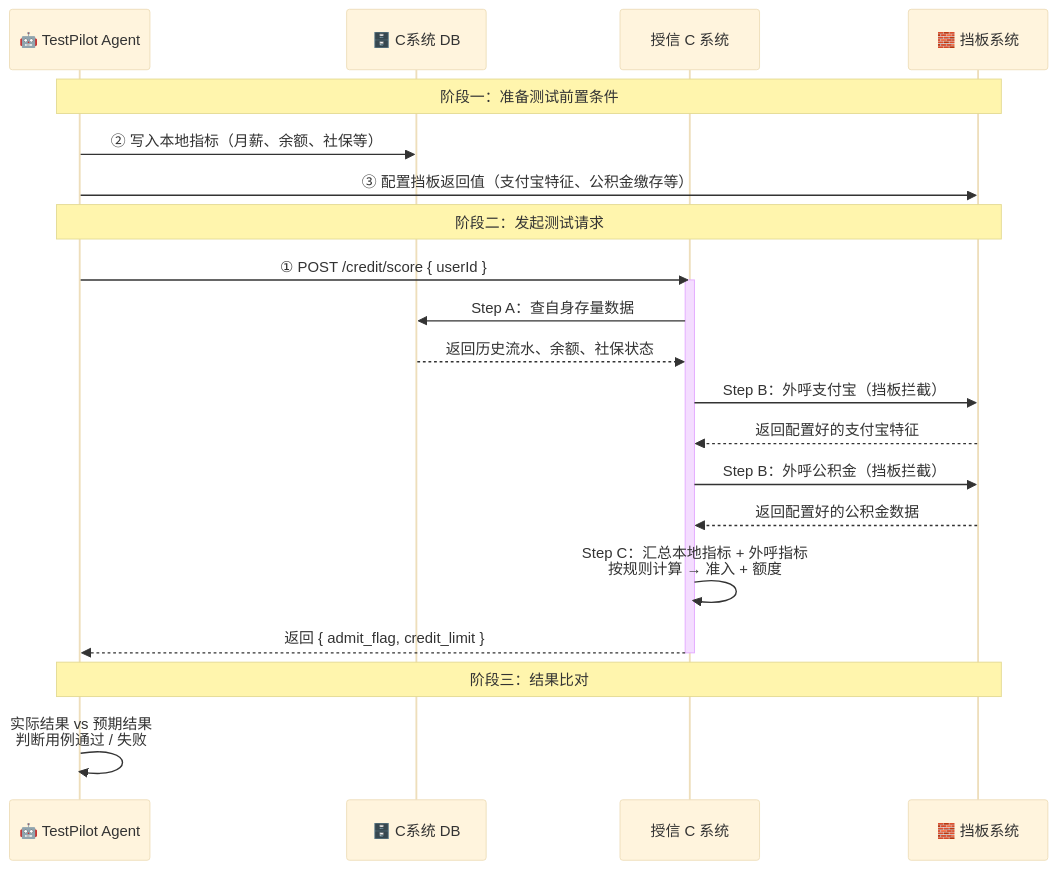
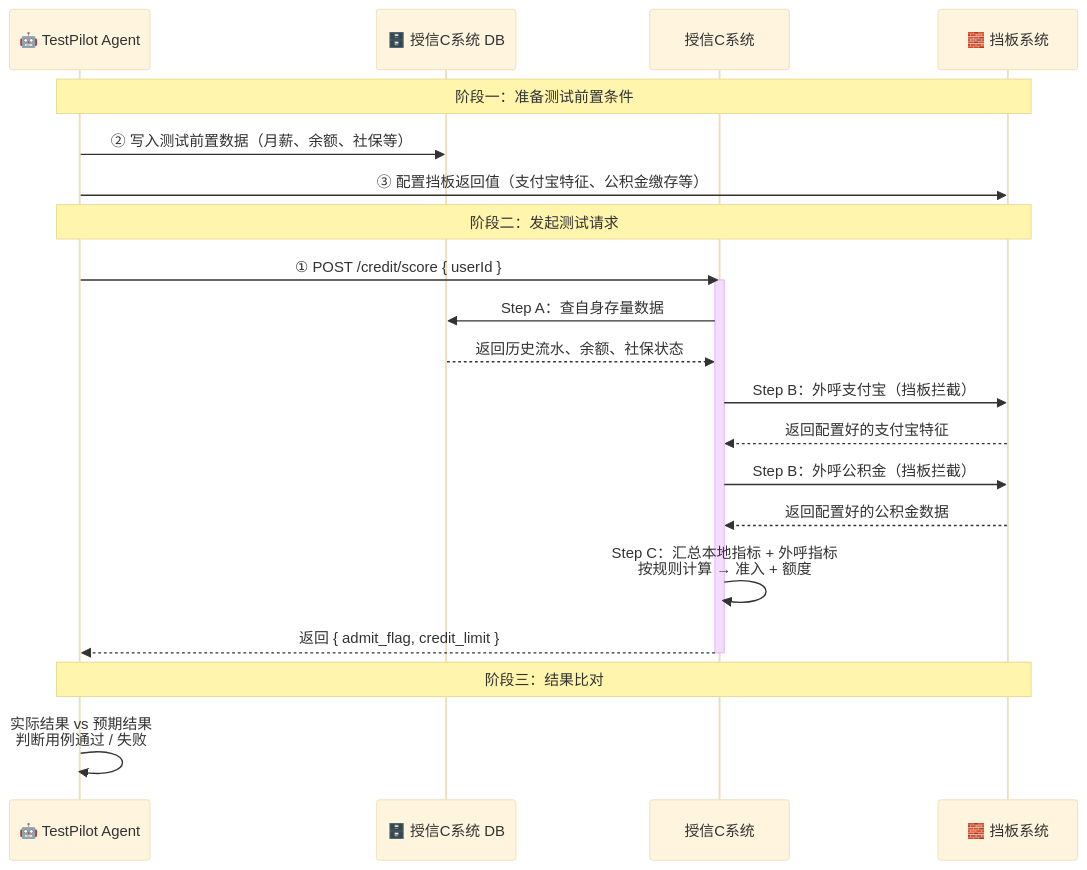
Before and after one commit to lee780/testagent-demo: the second of 4 diagrams in docs/08-测试架构组网图.md, drawn with Mermaid (base theme). The commit also changed other lines of this file and 2 other files, not shown here.

First line of the commit message:
refactor: 统一系统叫法为 TestPilot / 授信C系统

````diff
--- a/docs/08-测试架构组网图.md
+++ b/docs/08-测试架构组网图.md
@@ -73,35 +65,35 @@
 ```mermaid
 sequenceDiagram
     participant A as 🤖 TestPilot Agent
-    participant CDB as 🗄️ C系统 DB
-    participant C as 授信 C 系统
+    participant CDB as 🗄️ 授信C系统 DB
+    participant C as 授信C系统
     participant S as 🧱 挡板系统
 
     Note over A,S: 阶段一：准备测试前置条件
 
-    A->>CDB: ② 写入本地指标（月薪、余额、社保等）
+    A->>CDB: ② 写入测试前置数据（月薪、余额、社保等）
     A->>S: ③ 配置挡板返回值（支付宝特征、公积金缴存等）
 
     Note over A,S: 阶段二：发起测试请求
 
     A->>C: ① POST /credit/score { userId }
     activate C
 
     C->>CDB: Step A：查自身存量数据
     CDB-->>C: 返回历史流水、余额、社保状态
 
     C->>S: Step B：外呼支付宝（挡板拦截）
     S-->>C: 返回配置好的支付宝特征
 
     C->>S: Step B：外呼公积金（挡板拦截）
     S-->>C: 返回配置好的公积金数据
 
     C->>C: Step C：汇总本地指标 + 外呼指标<br/>按规则计算 → 准入 + 额度
 
     C-->>A: 返回 { admit_flag, credit_limit }
     deactivate C
 
     Note over A,S: 阶段三：结果比对
 
     A->>A: 实际结果 vs 预期结果<br/>判断用例通过 / 失败
 ```
````
